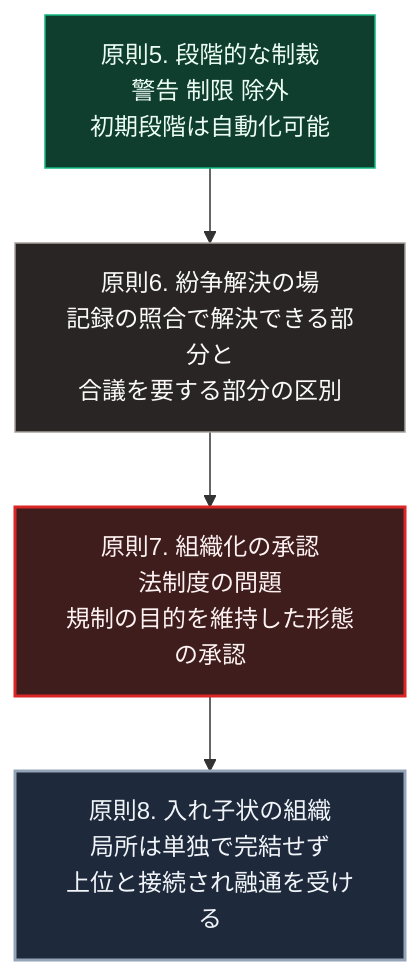
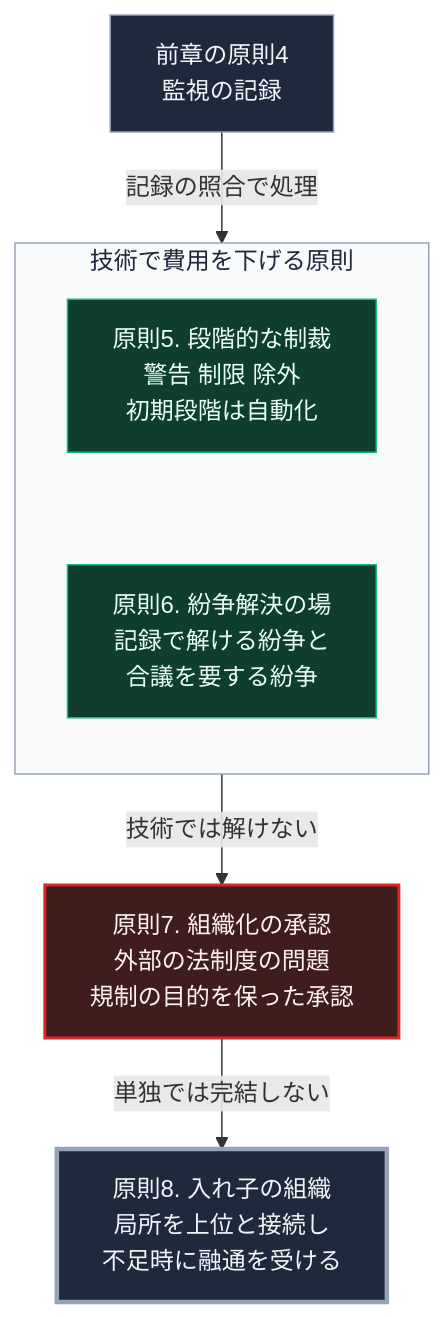
The diagram in books/sovereign-resilience-blueprint/45_ostrom-principles-5-8-engineering.md (Takenori-Kusaka/zenn-content), drawn with Mermaid before and after one commit. The commit also changed other lines of this file and 114 other files, not shown here.

````diff
--- a/books/sovereign-resilience-blueprint/45_ostrom-principles-5-8-engineering.md
+++ b/books/sovereign-resilience-blueprint/45_ostrom-principles-5-8-engineering.md
@@ -45,12 +45,18 @@
 ```mermaid
 flowchart TD
-    P5[原則5. 段階的な制裁<br>警告 制限 除外<br>初期段階は自動化可能]
-    P5 --> P6[原則6. 紛争解決の場<br>記録の照合で解決できる部分と<br>合議を要する部分の区別]
-    P6 --> P7[原則7. 組織化の承認<br>法制度の問題<br>規制の目的を維持した形態の承認]
-    P7 --> P8[原則8. 入れ子状の組織<br>局所は単独で完結せず<br>上位と接続され融通を受ける]
+    R[前章の原則4<br>監視の記録]
+    R -->|記録の照合で処理| G1
+    subgraph G1[技術で費用を下げる原則]
+        direction TB
+        P5[原則5. 段階的な制裁<br>警告 制限 除外<br>初期段階は自動化] ~~~ P6[原則6. 紛争解決の場<br>記録で解ける紛争と<br>合議を要する紛争]
+    end
+    G1 -->|技術では解けない| P7[原則7. 組織化の承認<br>外部の法制度の問題<br>規制の目的を保った承認]
+    P7 -->|単独では完結しない| P8[原則8. 入れ子の組織<br>局所を上位と接続し<br>不足時に融通を受ける]
 
+    style R fill:#1e293b,stroke:#94a3b8,color:#f1f5f9
     style P5 fill:#0f3d2e,stroke:#10b981,color:#ecfdf5
-    style P6 fill:#292524,stroke:#a8a29e,color:#fafaf9
+    style P6 fill:#0f3d2e,stroke:#10b981,color:#ecfdf5
     style P7 fill:#3f1d1d,stroke:#dc2626,stroke-width:2px,color:#fef2f2
-    style P8 fill:#1e293b,stroke:#94a3b8,stroke-width:2px,color:#f1f5f9
+    style P8 fill:#1e293b,stroke:#94a3b8,stroke-width:3px,color:#f1f5f9
+    style G1 fill:#f8fafc,stroke:#94a3b8,color:#1e293b
 ```
````
